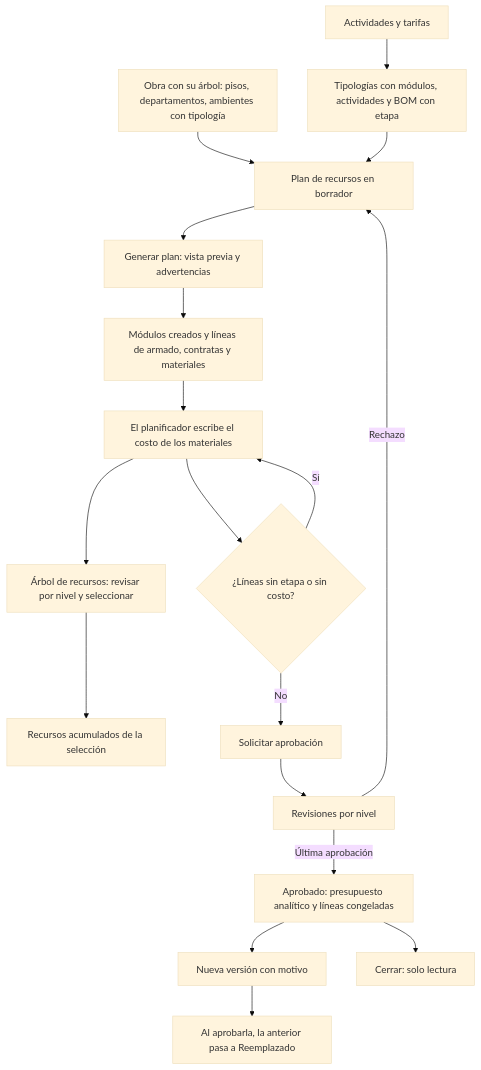
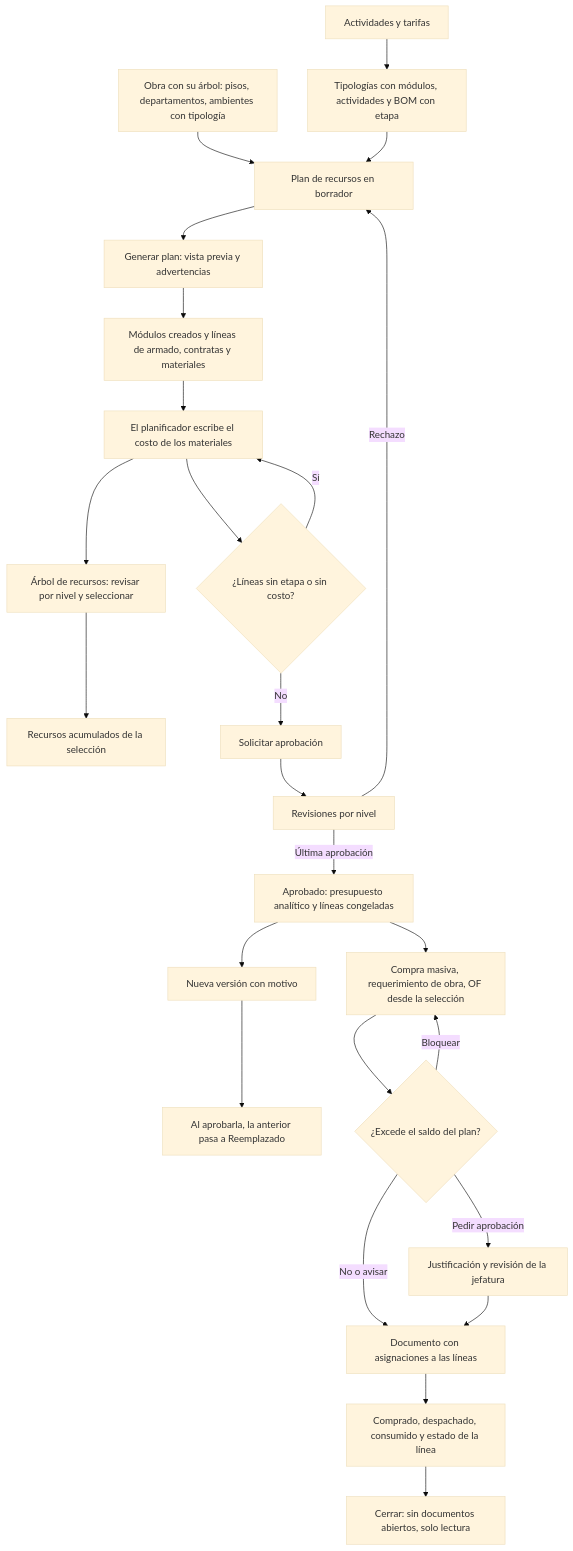
Before and after one commit to olanoit/ol_new_apps: the diagram in OL-PROJECTS/al_construction_planner/GUIA_FUNCIONAL.md, drawn with Mermaid (base theme). The commit also changed other lines of this file and 46 other files, not shown here.

First line of the commit message:
[IMP] al_construction_planner: fase 4, asignaciones y compras desde el plan

````diff
--- a/OL-PROJECTS/al_construction_planner/GUIA_FUNCIONAL.md
+++ b/OL-PROJECTS/al_construction_planner/GUIA_FUNCIONAL.md
@@ -43,20 +52,26 @@
 ```mermaid
 flowchart TD
   A[Actividades y tarifas] --> C[Tipologías con módulos, actividades y BOM con etapa]
   B[Obra con su árbol: pisos, departamentos, ambientes con tipología] --> D
   C --> D[Plan de recursos en borrador]
   D --> E[Generar plan: vista previa y advertencias]
   E --> F[Módulos creados y líneas de armado, contratas y materiales]
   F --> G[El planificador escribe el costo de los materiales]
   G --> H[Árbol de recursos: revisar por nivel y seleccionar]
   H --> I[Recursos acumulados de la selección]
   G --> J{¿Líneas sin etapa o sin costo?}
   J -- Sí --> G
   J -- No --> K[Solicitar aprobación]
   K --> L[Revisiones por nivel]
   L -- Rechazo --> D
   L -- Última aprobación --> M[Aprobado: presupuesto analítico y líneas congeladas]
   M --> N[Nueva versión con motivo]
   N --> O[Al aprobarla, la anterior pasa a Reemplazado]
-  M --> P[Cerrar: solo lectura]
+  M --> Q[Compra masiva, requerimiento de obra, OF desde la selección]
+  Q --> R{¿Excede el saldo del plan?}
+  R -- No o avisar --> S[Documento con asignaciones a las líneas]
+  R -- Pedir aprobación --> T[Justificación y revisión de la jefatura] --> S
+  R -- Bloquear --> Q
+  S --> U[Comprado, despachado, consumido y estado de la línea]
+  U --> P[Cerrar: sin documentos abiertos, solo lectura]
 ```
````
